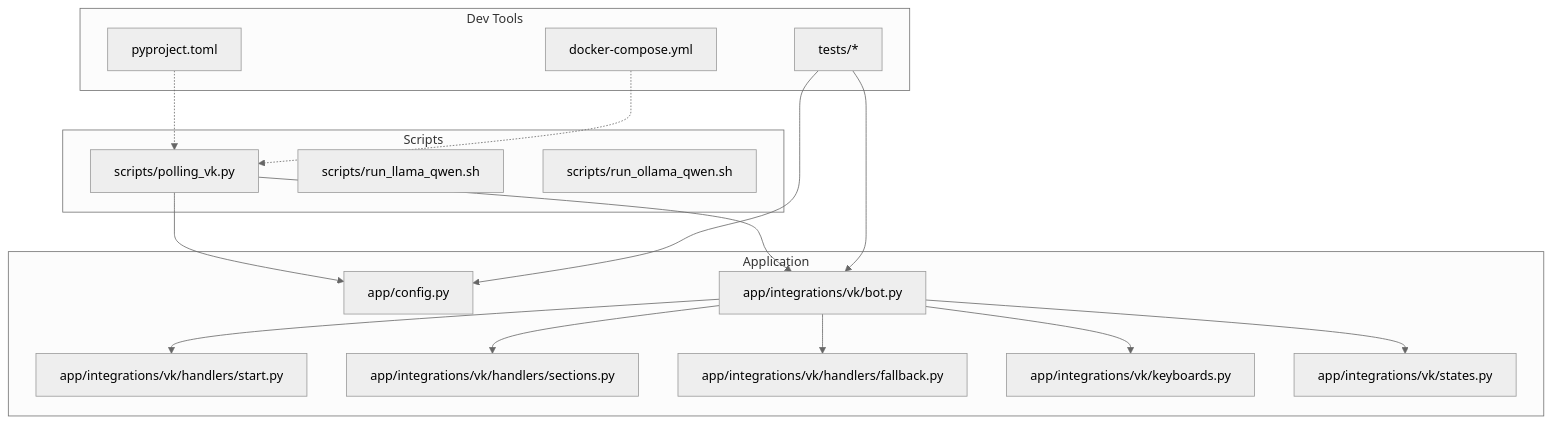
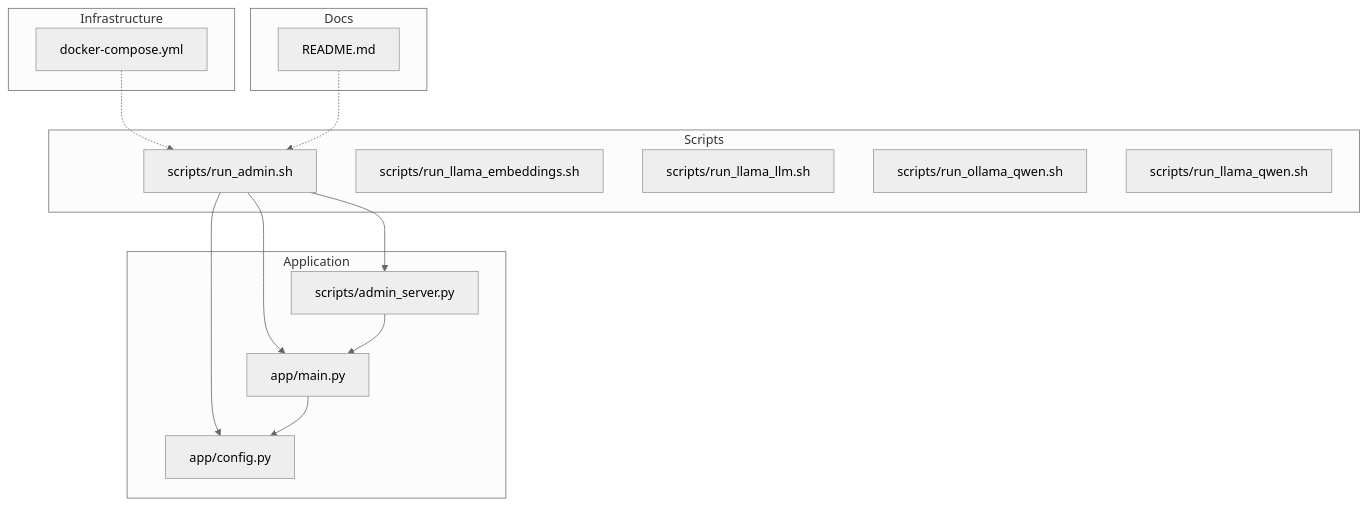
The diagram in .qoder/repowiki/en/content/Getting Started.md (ognelis/cafetera_hr_bot), drawn with Mermaid (neutral theme) before and after one commit. The commit also changed other lines of this file and 22 other files, not shown here.

````diff
--- a/.qoder/repowiki/en/content/Getting Started.md
+++ b/.qoder/repowiki/en/content/Getting Started.md
@@ -49,33 +58,28 @@
 ```mermaid
 graph TB
 subgraph "Application"
+MAIN["app/main.py"]
 CFG["app/config.py"]
-VKBOT["app/integrations/vk/bot.py"]
-VKSTART["app/integrations/vk/handlers/start.py"]
-VKSECT["app/integrations/vk/handlers/sections.py"]
-VKFALL["app/integrations/vk/handlers/fallback.py"]
-VKKEYS["app/integrations/vk/keyboards.py"]
-VKSTATES["app/integrations/vk/states.py"]
+ADMIN["scripts/admin_server.py"]
 end
 subgraph "Scripts"
-POLL["scripts/polling_vk.py"]
-LLAMASH["scripts/run_llama_qwen.sh"]
-OLLASH["scripts/run_ollama_qwen.sh"]
+RUNADMIN["scripts/run_admin.sh"]
+LLAMAE["scripts/run_llama_embeddings.sh"]
+LLAMAL["scripts/run_llama_llm.sh"]
+OLLA["scripts/run_ollama_qwen.sh"]
+LLAMAQ["scripts/run_llama_qwen.sh"]
 end
-subgraph "Dev Tools"
-PYPROJ["pyproject.toml"]
+subgraph "Infrastructure"
 DOCKER["docker-compose.yml"]
-TESTS["tests/*"]
 end
-POLL --> CFG
-POLL --> VKBOT
-VKBOT --> VKSTART
-VKBOT --> VKSECT
-VKBOT --> VKFALL
-VKBOT --> VKKEYS
-VKBOT --> VKSTATES
-TESTS --> CFG
-TESTS --> VKBOT
-PYPROJ -.-> POLL
-DOCKER -.-> POLL
+subgraph "Docs"
+README["README.md"]
+end
+RUNADMIN --> MAIN
+RUNADMIN --> CFG
+RUNADMIN --> ADMIN
+ADMIN --> MAIN
+MAIN --> CFG
+DOCKER -.-> RUNADMIN
+README -.-> RUNADMIN
 ```
````
